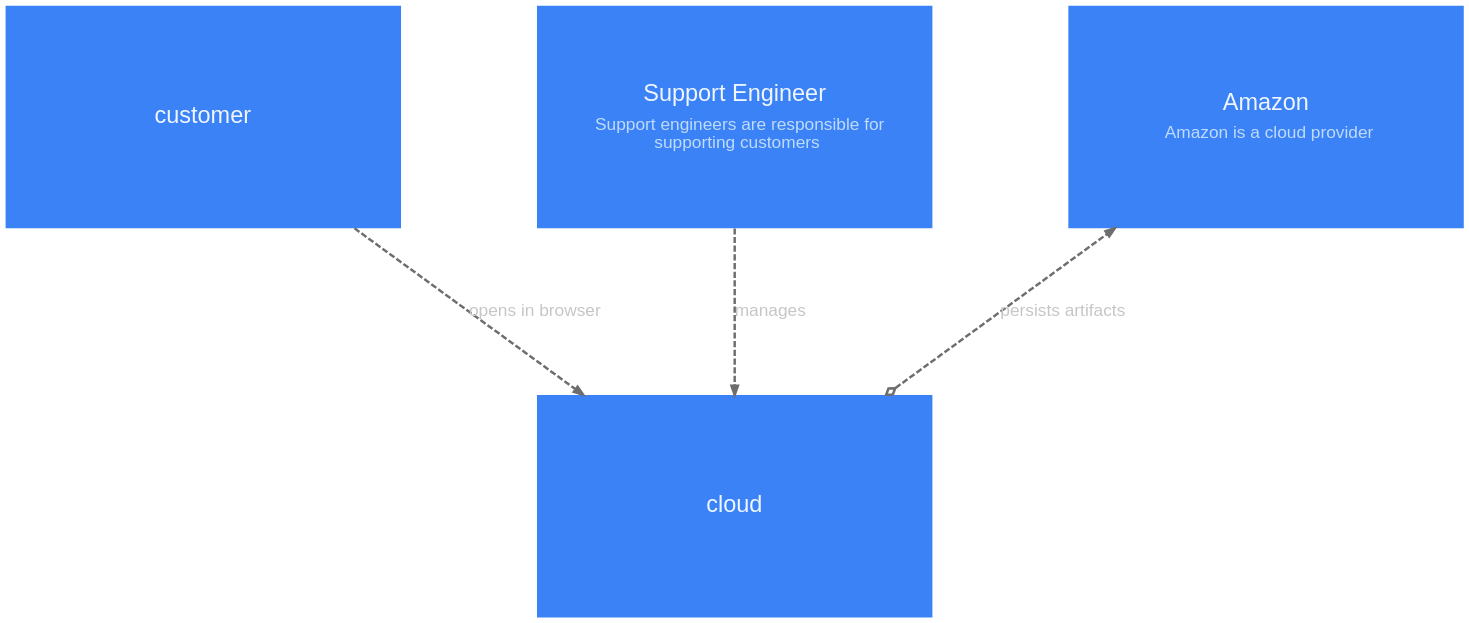
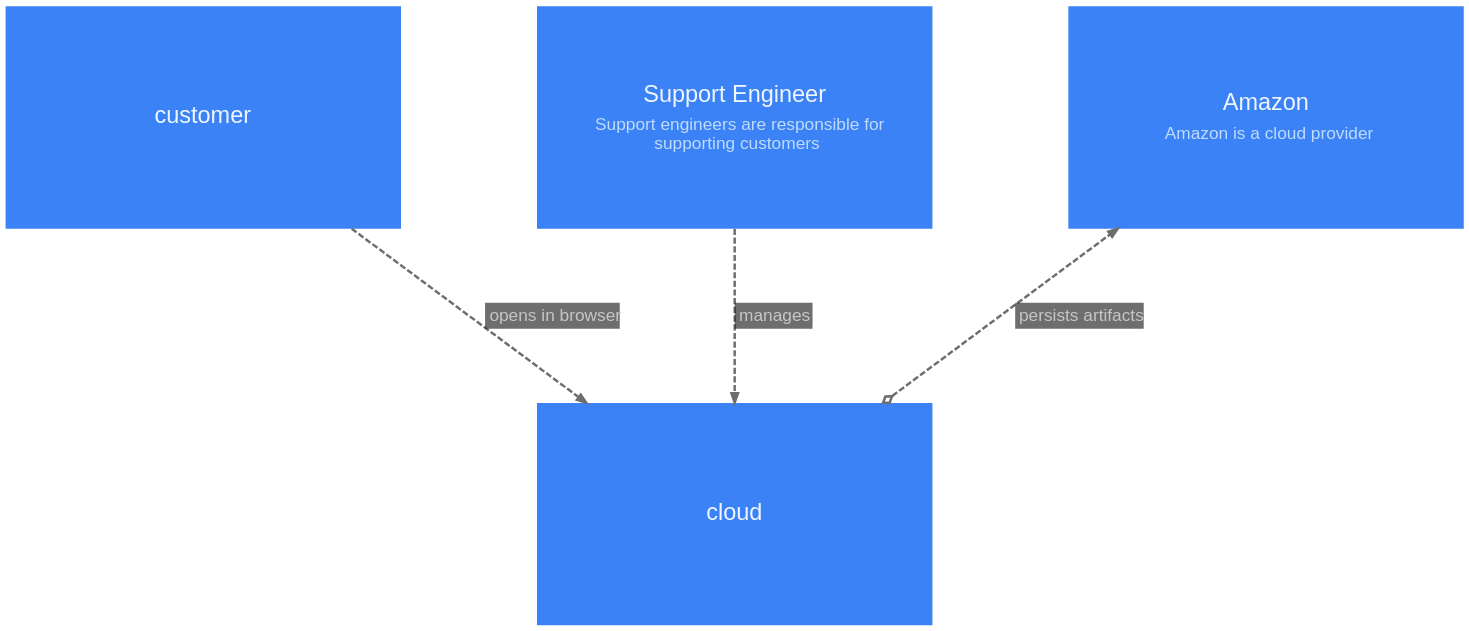
One commit to likec4/likec4 changed the diagram in packages/layouts/src/graphviz/__snapshots__/ElementViewPrinter-index.dot. Above: the diagram before and after it, drawn with Graphviz. The commit also changed 6 other files, not shown here.

Commit message:
revert table around edge label

```diff
--- a/packages/layouts/src/graphviz/__snapshots__/ElementViewPrinter-index.dot
+++ b/packages/layouts/src/graphviz/__snapshots__/ElementViewPrinter-index.dot
@@ -1,92 +1,92 @@
 digraph {
   bgcolor = "transparent";
   layout = "dot";
   compound = true;
   rankdir = "TB";
   TBbalance = "min";
   splines = "spline";
   outputorder = "nodesfirst";
   nodesep = 1.528;
   ranksep = 1.667;
   pack = 120;
   packmode = "array_3";
   pad = 0.209;
   fontname = "Arial";
   graph [
     fontsize = 15;
     labeljust = "l";
     labelloc = "t";
     margin = 50.1;
   ];
   edge [
     arrowsize = 0.75;
     fontname = "Arial";
     fontsize = 14;
     penwidth = 2;
     color = "#6E6E6E";
     fontcolor = "#C6C6C6";
   ];
   node [
     fontname = "Arial";
     shape = "rect";
     width = 4.445;
     height = 2.5;
     style = "filled";
     penwidth = 0;
   ];
   "customer" [
     likec4_id = "customer";
     likec4_level = 0;
     fillcolor = "#3b82f6";
     fontcolor = "#eff6ff";
     color = "#2563eb";
     margin = "0.362,0.362";
     label = <<FONT POINT-SIZE="19">customer</FONT>>;
   ];
   "support" [
     likec4_id = "support";
     likec4_level = 0;
     fillcolor = "#3b82f6";
     fontcolor = "#eff6ff";
     color = "#2563eb";
     margin = "0.362,0.362";
     label = <<TABLE BORDER="0" CELLPADDING="0" CELLSPACING="6"><TR><TD><FONT POINT-SIZE="19">Support Engineer</FONT></TD></TR><TR><TD><FONT POINT-SIZE="14" COLOR="#bfdbfe">Support engineers are responsible for<BR/>supporting customers</FONT></TD></TR></TABLE>>;
   ];
   "cloud" [
     likec4_id = "cloud";
     likec4_level = 0;
     fillcolor = "#3b82f6";
     fontcolor = "#eff6ff";
     color = "#2563eb";
     margin = "0.362,0.362";
     label = <<FONT POINT-SIZE="19">cloud</FONT>>;
   ];
   "amazon" [
     likec4_id = "amazon";
     likec4_level = 0;
     fillcolor = "#3b82f6";
     fontcolor = "#eff6ff";
     color = "#2563eb";
     margin = "0.362,0.362";
     label = <<TABLE BORDER="0" CELLPADDING="0" CELLSPACING="6"><TR><TD><FONT POINT-SIZE="19">Amazon</FONT></TD></TR><TR><TD><FONT POINT-SIZE="14" COLOR="#bfdbfe">Amazon is a cloud provider</FONT></TD></TR></TABLE>>;
   ];
   "cloud" -> "amazon" [
     likec4_id = "cloud:amazon";
     style = "dashed";
-    label = <<FONT POINT-SIZE="14">persists artifacts</FONT>>;
+    label = <<TABLE BORDER="0" CELLPADDING="3" CELLSPACING="0" BGCOLOR="#18191bA0"><TR><TD ALIGN="TEXT" BALIGN="LEFT"><FONT POINT-SIZE="14">persists artifacts</FONT></TD></TR></TABLE>>;
     arrowhead = "normal";
     arrowtail = "odiamond";
     dir = "both";
     minlen = 0;
   ];
   "customer" -> "cloud" [
     likec4_id = "customer:cloud";
     style = "dashed";
-    label = <<FONT POINT-SIZE="14">opens in browser</FONT>>;
+    label = <<TABLE BORDER="0" CELLPADDING="3" CELLSPACING="0" BGCOLOR="#18191bA0"><TR><TD ALIGN="TEXT" BALIGN="LEFT"><FONT POINT-SIZE="14">opens in browser</FONT></TD></TR></TABLE>>;
   ];
   "support" -> "cloud" [
     likec4_id = "support:cloud";
     style = "dashed";
-    label = <<FONT POINT-SIZE="14">manages</FONT>>;
+    label = <<TABLE BORDER="0" CELLPADDING="3" CELLSPACING="0" BGCOLOR="#18191bA0"><TR><TD ALIGN="TEXT" BALIGN="LEFT"><FONT POINT-SIZE="14">manages</FONT></TD></TR></TABLE>>;
   ];
 }
```
